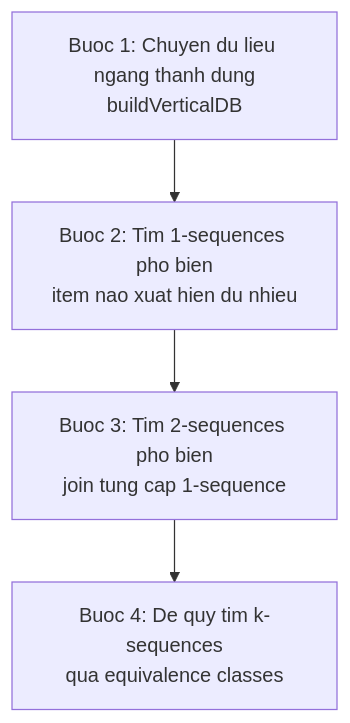
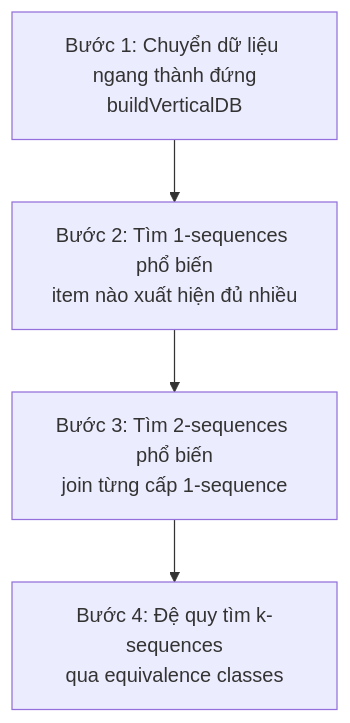
Before and after one commit to FinDaHuman/weka-spade: the fourth of 4 diagrams in spade_reproduction_guide.md, drawn with Mermaid. The commit also changed other lines of this file and 2 other files, not shown here.

````diff
--- a/spade_reproduction_guide.md
+++ b/spade_reproduction_guide.md
@@ -346,6 +348,6 @@
 ```mermaid
 flowchart TD
-    A["Buoc 1: Chuyen du lieu ngang thanh dung\nbuildVerticalDB"] --> B["Buoc 2: Tim 1-sequences pho bien\nitem nao xuat hien du nhieu"]
-    B --> C["Buoc 3: Tim 2-sequences pho bien\njoin tung cap 1-sequence"]
-    C --> D["Buoc 4: De quy tim k-sequences\nqua equivalence classes"]
+    A["Bước 1: Chuyển dữ liệu ngang thành đứng\nbuildVerticalDB"] --> B["Bước 2: Tìm 1-sequences phổ biến\nitem nào xuất hiện đủ nhiều"]
+    B --> C["Bước 3: Tìm 2-sequences phổ biến\njoin từng cấp 1-sequence"]
+    C --> D["Bước 4: Đệ quy tìm k-sequences\nqua equivalence classes"]
 ```
````
